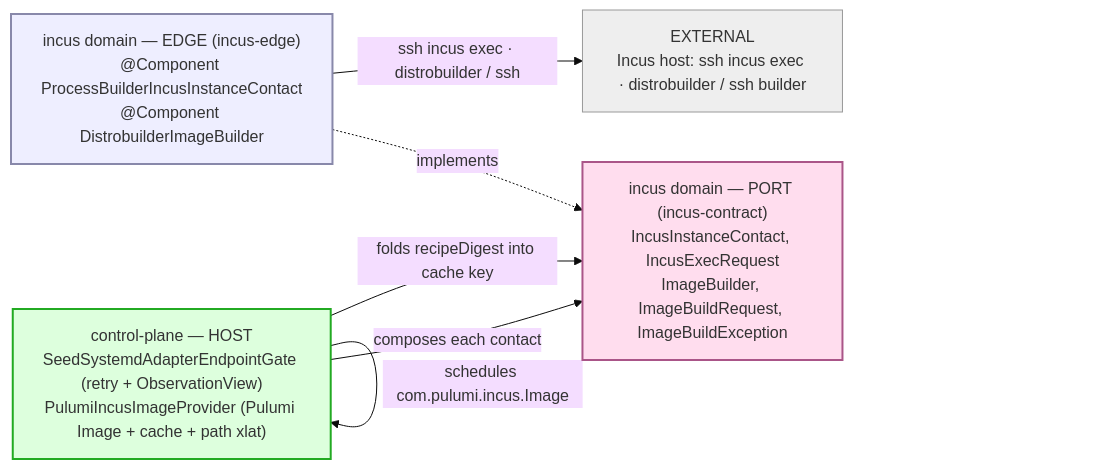
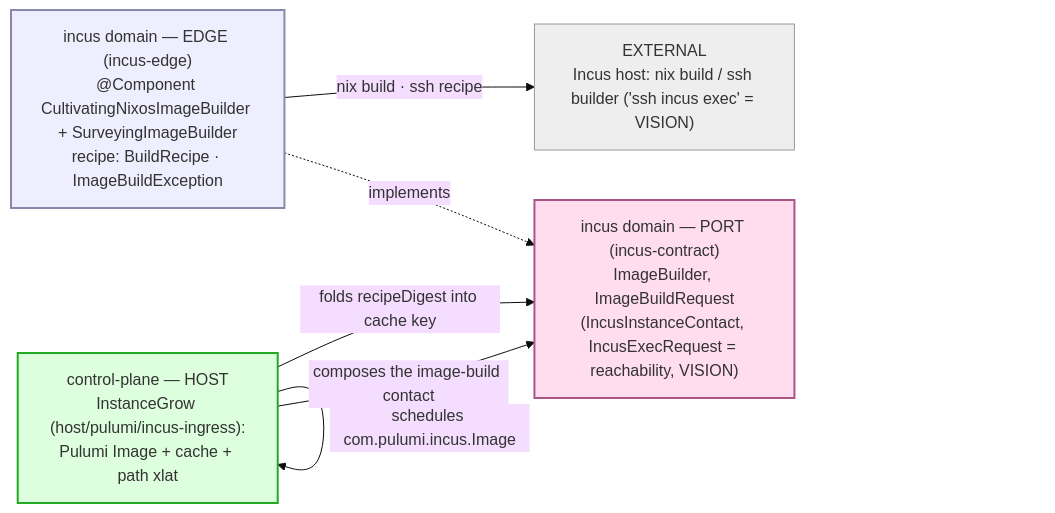
One commit to nxmatic/rke2lab changed the diagram in docs/architecture/osgi/incus-edge-spec.adoc. Above: the diagram before and after it, drawn with Mermaid (base theme). The commit also changed other lines of this file and 35 other files, not shown here.

```diff
--- a/docs/architecture/osgi/incus-edge-spec.adoc
+++ b/docs/architecture/osgi/incus-edge-spec.adoc
@@ -101,21 +120,21 @@
 [mermaid]
 ....
 flowchart LR
-  world["EXTERNAL<br/>Incus host: ssh incus exec · distrobuilder / ssh builder"]
-  edge["incus domain — EDGE (incus-edge)<br/>@Component ProcessBuilderIncusInstanceContact<br/>@Component DistrobuilderImageBuilder"]
-  iport["incus domain — PORT (incus-contract)<br/>IncusInstanceContact, IncusExecRequest<br/>ImageBuilder, ImageBuildRequest, ImageBuildException"]
-  gate["control-plane — HOST<br/>SeedSystemdAdapterEndpointGate (retry + ObservationView)<br/>PulumiIncusImageProvider (Pulumi Image + cache + path xlat)"]
-  gate -->|composes each contact| iport
+  world["EXTERNAL<br/>Incus host: nix build / ssh builder ('ssh incus exec' = VISION)"]
+  edge["incus domain — EDGE (incus-edge)<br/>@Component CultivatingNixosImageBuilder + SurveyingImageBuilder<br/>recipe: BuildRecipe · ImageBuildException"]
+  iport["incus domain — PORT (incus-contract)<br/>ImageBuilder, ImageBuildRequest<br/>(IncusInstanceContact, IncusExecRequest = reachability, VISION)"]
+  gate["control-plane — HOST<br/>InstanceGrow (host/pulumi/incus-ingress):<br/>Pulumi Image + cache + path xlat"]
+  gate -->|composes the image-build contact| iport
   gate -->|folds recipeDigest into cache key| iport
   edge -.->|implements| iport
-  edge -->|ssh incus exec · distrobuilder / ssh| world
+  edge -->|nix build · ssh recipe| world
   gate -->|schedules com.pulumi.incus.Image| gate
   classDef e fill:#eef,stroke:#88a,stroke-width:2px;
   classDef p fill:#fde,stroke:#a58,stroke-width:2px;
   classDef h fill:#dfd,stroke:#2a2,stroke-width:2px;
   classDef w fill:#eee,stroke:#999,stroke-width:1px;
   class edge e;
   class iport p;
   class gate h;
   class world w;
 ....
```
